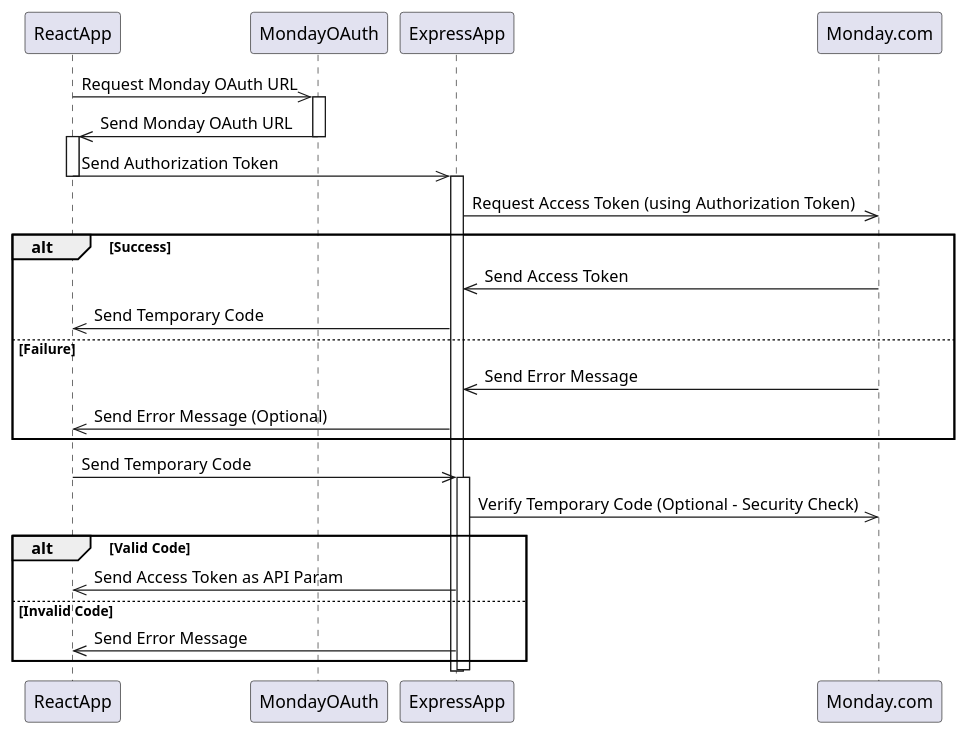
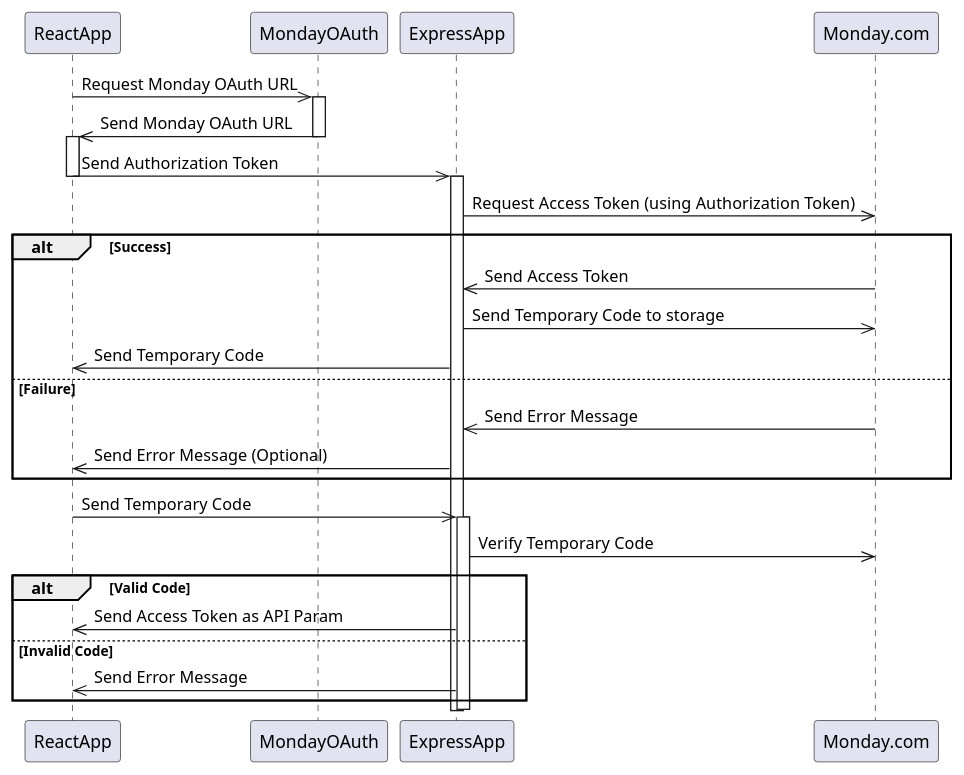
One commit to pashioya/task-trove changed the diagram in auth-flow.puml. Above: the diagram before and after it, drawn with PlantUML. The commit also changed 2 other files, not shown here.

Commit message:
updated the auth flow puml

```diff
--- a/auth-flow.puml
+++ b/auth-flow.puml
@@ -1,39 +1,40 @@
 @startuml
 
 participant ReactApp
 participant MondayOAuth
 participant ExpressApp
 
 ReactApp->> MondayOAuth : Request Monday OAuth URL
 activate MondayOAuth
 MondayOAuth->>ReactApp : Send Monday OAuth URL
 deactivate MondayOAuth
 
 activate ReactApp
 ReactApp->>ExpressApp : Send Authorization Token
 deactivate ReactApp
 
 activate ExpressApp
 ExpressApp->>Monday.com : Request Access Token (using Authorization Token)
 alt Success
   Monday.com->>ExpressApp : Send Access Token
+  ExpressApp->>Monday.com : Send Temporary Code to storage
   ExpressApp->>ReactApp : Send Temporary Code
 else Failure
   Monday.com->>ExpressApp : Send Error Message
   ExpressApp->>ReactApp : Send Error Message (Optional)
 end
 
 activate ReactApp
 ReactApp->>ExpressApp : Send Temporary Code
 deactivate ReactApp
 
 activate ExpressApp
-ExpressApp->>Monday.com : Verify Temporary Code (Optional - Security Check)
+ExpressApp->>Monday.com : Verify Temporary Code
 alt Valid Code
   ExpressApp->>ReactApp : Send Access Token as API Param
 else Invalid Code
   ExpressApp->>ReactApp : Send Error Message
 end
 
 deactivate ExpressApp
 @enduml
```
